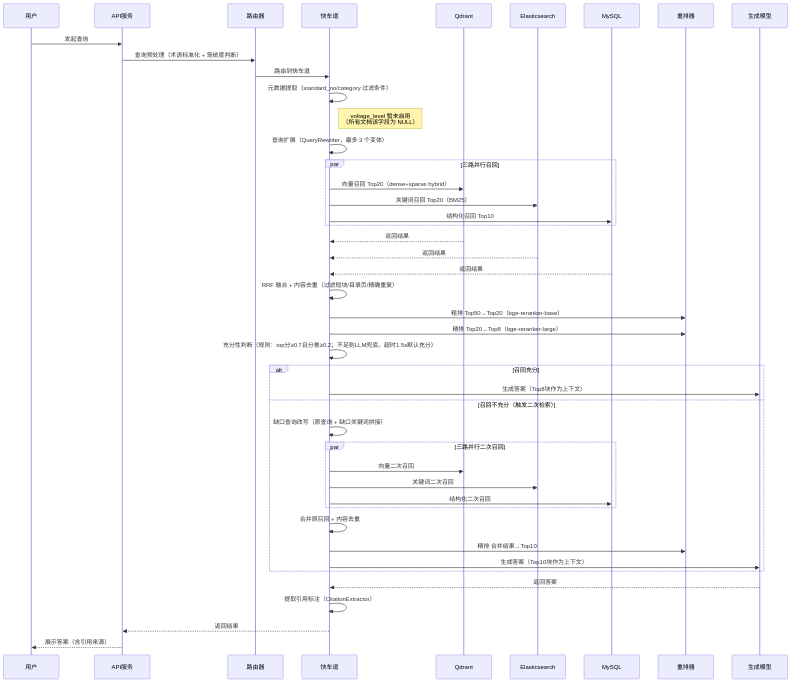
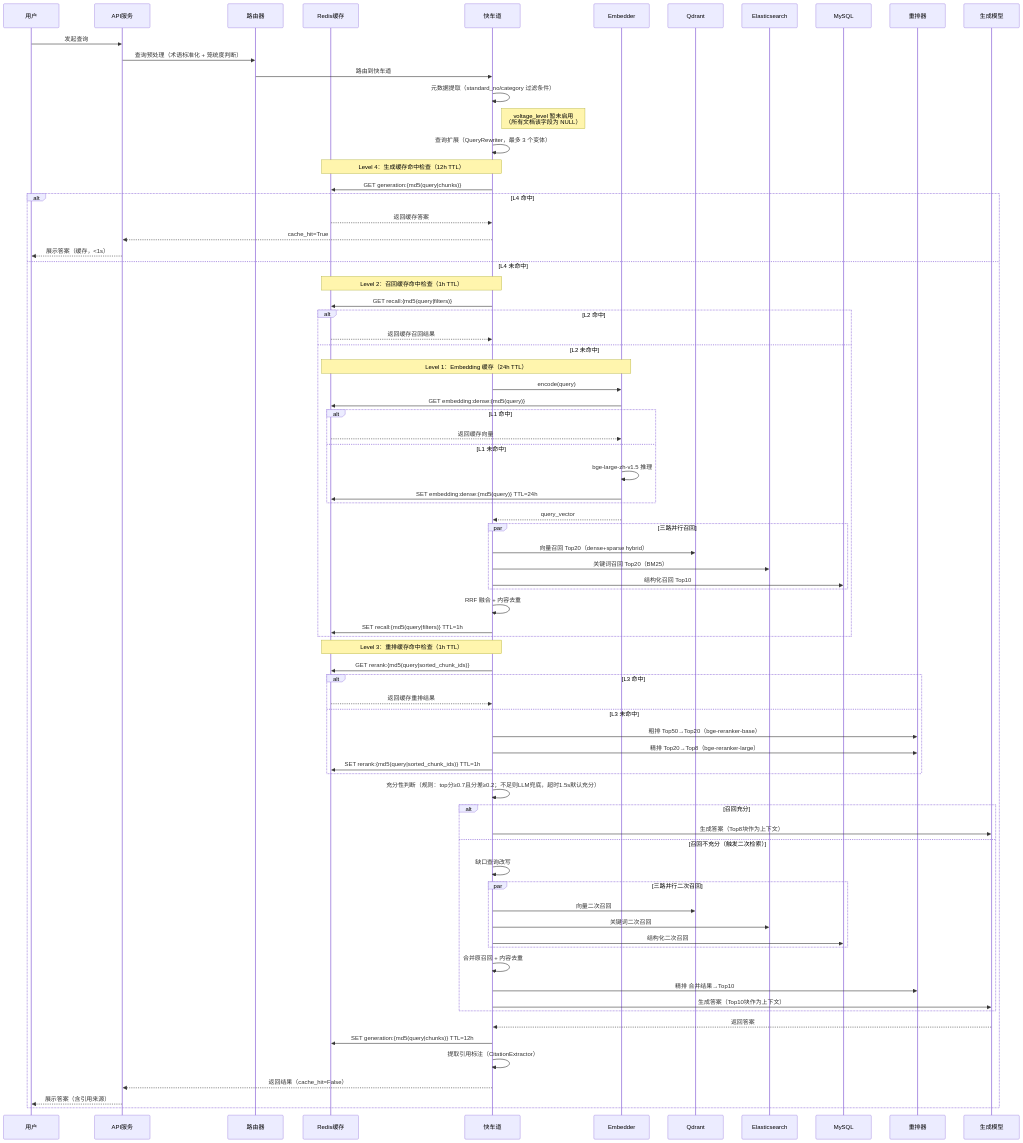
Before and after one commit to JohnnyNg10/eletric_rag: the third of 9 diagrams in docs/architecture/flows/16-业务流程图.md, drawn with Mermaid. The commit also changed other lines of this file and 16 other files, not shown here.

First line of the commit message:
feat: implement multi-level caching system and parent-child chunk retrieval design

````diff
--- a/docs/architecture/flows/16-业务流程图.md
+++ b/docs/architecture/flows/16-业务流程图.md
@@ -110,7 +110,9 @@
     participant User as 用户
     participant API as API服务
     participant Router as 路由器
+    participant Redis as Redis缓存
     participant FastLane as 快车道
+    participant Embedder as Embedder
     participant VectorDB as Qdrant
     participant ES as Elasticsearch
     participant MySQL as MySQL
@@ -125,38 +127,68 @@
     Note right of FastLane: voltage_level 暂未启用<br/>（所有文档该字段为 NULL）
     FastLane->>FastLane: 查询扩展（QueryRewriter，最多 3 个变体）
 
-    par 三路并行召回
-        FastLane->>VectorDB: 向量召回 Top20（dense+sparse hybrid）
-        FastLane->>ES: 关键词召回 Top20（BM25）
-        FastLane->>MySQL: 结构化召回 Top10
+    Note over FastLane,Redis: Level 4：生成缓存命中检查（12h TTL）
+    FastLane->>Redis: GET generation:{md5(query|chunks)}
+    alt L4 命中
+        Redis-->>FastLane: 返回缓存答案
+        FastLane-->>API: cache_hit=True
+        API-->>User: 展示答案（缓存，<1s）
+    else L4 未命中
+        Note over FastLane,Redis: Level 2：召回缓存命中检查（1h TTL）
+        FastLane->>Redis: GET recall:{md5(query|filters)}
+        alt L2 命中
+            Redis-->>FastLane: 返回缓存召回结果
+        else L2 未命中
+            Note over Embedder,Redis: Level 1：Embedding 缓存（24h TTL）
+            FastLane->>Embedder: encode(query)
+            Embedder->>Redis: GET embedding:dense:{md5(query)}
+            alt L1 命中
+                Redis-->>Embedder: 返回缓存向量
+            else L1 未命中
+                Embedder->>Embedder: bge-large-zh-v1.5 推理
+                Embedder->>Redis: SET embedding:dense:{md5(query)} TTL=24h
+            end
+            Embedder-->>FastLane: query_vector
+
+            par 三路并行召回
+                FastLane->>VectorDB: 向量召回 Top20（dense+sparse hybrid）
+                FastLane->>ES: 关键词召回 Top20（BM25）
+                FastLane->>MySQL: 结构化召回 Top10
+            end
+            FastLane->>FastLane: RRF 融合 + 内容去重
+            FastLane->>Redis: SET recall:{md5(query|filters)} TTL=1h
+        end
+
+        Note over FastLane,Redis: Level 3：重排缓存命中检查（1h TTL）
+        FastLane->>Redis: GET rerank:{md5(query|sorted_chunk_ids)}
+        alt L3 命中
+            Redis-->>FastLane: 返回缓存重排结果
+        else L3 未命中
+            FastLane->>Reranker: 粗排 Top50→Top20（bge-reranker-base）
+            FastLane->>Reranker: 精排 Top20→Top8（bge-reranker-large）
+            FastLane->>Redis: SET rerank:{md5(query|sorted_chunk_ids)} TTL=1h
+        end
+
+        FastLane->>FastLane: 充分性判断（规则：top分≥0.7且分差≥0.2；不足则LLM兜底，超时1.5s默认充分）
+
+        alt 召回充分
+            FastLane->>LLM: 生成答案（Top8块作为上下文）
+        else 召回不充分（触发二次检索）
+            FastLane->>FastLane: 缺口查询改写
+            par 三路并行二次召回
+                FastLane->>VectorDB: 向量二次召回
+                FastLane->>ES: 关键词二次召回
+                FastLane->>MySQL: 结构化二次召回
+            end
+            FastLane->>FastLane: 合并原召回 + 内容去重
+            FastLane->>Reranker: 精排 合并结果→Top10
+            FastLane->>LLM: 生成答案（Top10块作为上下文）
+        end
+
+        LLM-->>FastLane: 返回答案
+        FastLane->>Redis: SET generation:{md5(query|chunks)} TTL=12h
+        FastLane->>FastLane: 提取引用标注（CitationExtractor）
+        FastLane-->>API: 返回结果（cache_hit=False）
+        API-->>User: 展示答案（含引用来源）
     end
-
-    VectorDB-->>FastLane: 返回结果
-    ES-->>FastLane: 返回结果
-    MySQL-->>FastLane: 返回结果
-
-    FastLane->>FastLane: RRF 融合 + 内容去重（过滤短块/目录页/精确重复）
-    FastLane->>Reranker: 粗排 Top50→Top20（bge-reranker-base）
-    FastLane->>Reranker: 精排 Top20→Top8（bge-reranker-large）
-
-    FastLane->>FastLane: 充分性判断（规则：top分≥0.7且分差≥0.2；不足则LLM兜底，超时1.5s默认充分）
-
-    alt 召回充分
-        FastLane->>LLM: 生成答案（Top8块作为上下文）
-    else 召回不充分（触发二次检索）
-        FastLane->>FastLane: 缺口查询改写（原查询 + 缺口关键词拼接）
-        par 三路并行二次召回
-            FastLane->>VectorDB: 向量二次召回
-            FastLane->>ES: 关键词二次召回
-            FastLane->>MySQL: 结构化二次召回
-        end
-        FastLane->>FastLane: 合并原召回 + 内容去重
-        FastLane->>Reranker: 精排 合并结果→Top10
-        FastLane->>LLM: 生成答案（Top10块作为上下文）
-    end
-
-    LLM-->>FastLane: 返回答案
-    FastLane->>FastLane: 提取引用标注（CitationExtractor）
-    FastLane-->>API: 返回结果
-    API-->>User: 展示答案（含引用来源）
 ```
````
